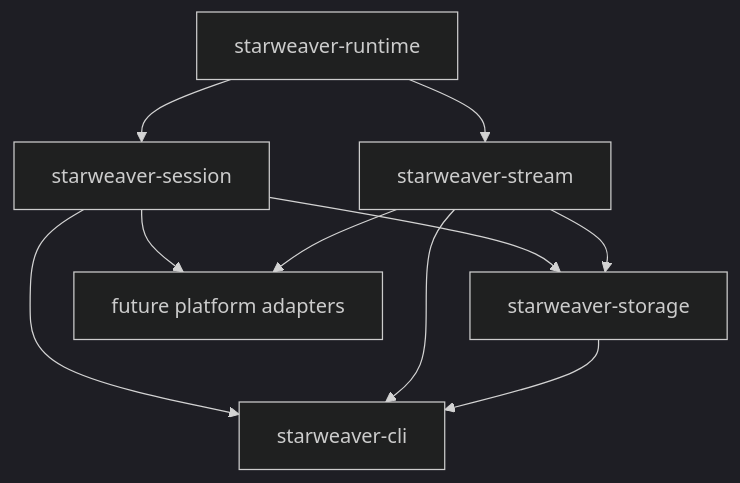
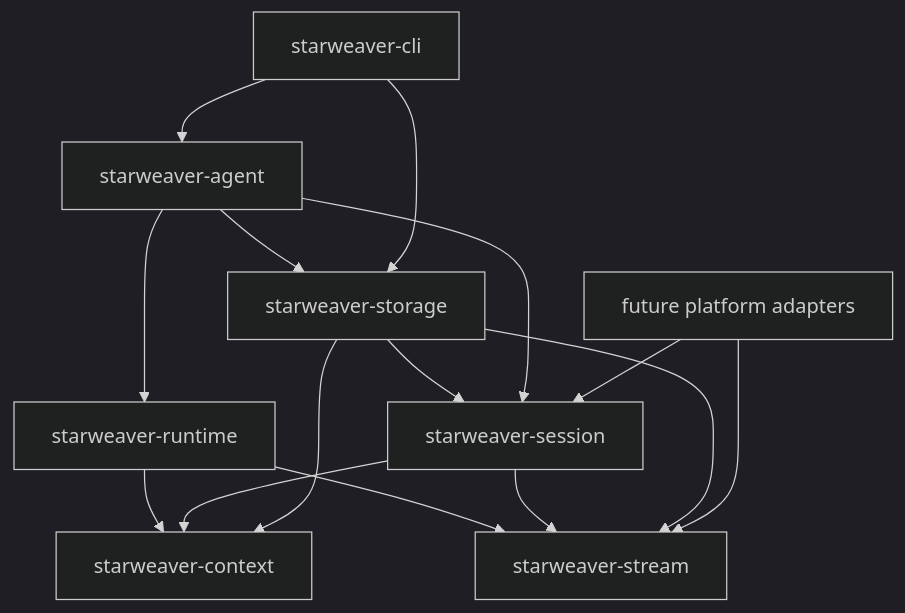
The diagram in docs/session-stream.md (Wh1isper/starweaver), drawn with Mermaid (dark theme) before and after one commit. The commit also changed other lines of this file and 326 other files, not shown here.

First line of the commit message:
refactor(architecture): consolidate durable execution boundaries (#67)

````diff
--- a/docs/session-stream.md
+++ b/docs/session-stream.md
@@ -5,19 +5,26 @@
 ```mermaid
 flowchart TD
+    context[starweaver-context]
     runtime[starweaver-runtime]
     session[starweaver-session]
     stream[starweaver-stream]
     storage[starweaver-storage]
+    agent[starweaver-agent]
     cli[starweaver-cli]
     platform[future platform adapters]
 
-    runtime --> session
+    runtime --> context
     runtime --> stream
-    session --> storage
-    stream --> storage
-    session --> cli
-    stream --> cli
-    storage --> cli
-    session --> platform
-    stream --> platform
+    session --> context
+    session --> stream
+    storage --> context
+    storage --> session
+    storage --> stream
+    agent --> runtime
+    agent --> session
+    agent --> storage
+    cli --> agent
+    cli --> storage
+    platform --> session
+    platform --> stream
 ```
````
